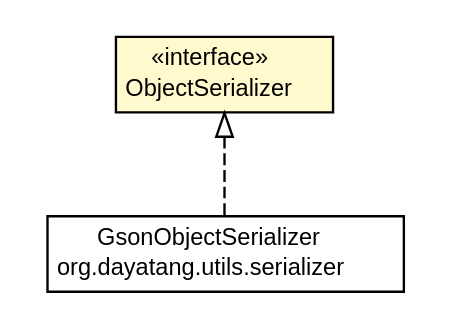
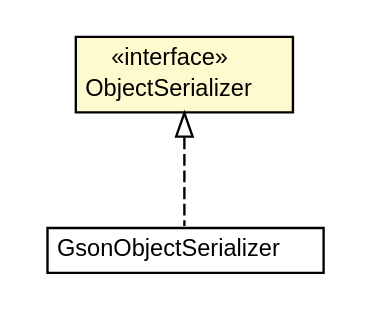
One commit to dayatang/dddlib changed the diagram in dddlib-utils/apidocs/org/dayatang/utils/ObjectSerializer.dot. Above: the diagram before and after it, drawn with Graphviz. The commit also changed 246 other files, not shown here.

```diff
--- a/dddlib-utils/apidocs/org/dayatang/utils/ObjectSerializer.dot
+++ b/dddlib-utils/apidocs/org/dayatang/utils/ObjectSerializer.dot
@@ -1,28 +1,27 @@
 #!/usr/local/bin/dot
 #
 # Class diagram 
 # Generated by UMLGraph version R5_6_6-8-g8d7759 (http://www.umlgraph.org/)
 #
 
 digraph G {
 	edge [fontname="Helvetica",fontsize=10,labelfontname="Helvetica",labelfontsize=10];
 	node [fontname="Helvetica",fontsize=10,shape=plaintext];
 	nodesep=0.25;
 	ranksep=0.5;
 	// org.dayatang.utils.ObjectSerializer
-	c216 [label=<<table title="org.dayatang.utils.ObjectSerializer" border="0" cellborder="1" cellspacing="0" cellpadding="2" port="p" bgcolor="lemonChiffon" href="./ObjectSerializer.html">
+	c188 [label=<<table title="org.dayatang.utils.ObjectSerializer" border="0" cellborder="1" cellspacing="0" cellpadding="2" port="p" bgcolor="lemonChiffon" href="./ObjectSerializer.html">
 		<tr><td><table border="0" cellspacing="0" cellpadding="1">
 <tr><td align="center" balign="center"> &#171;interface&#187; </td></tr>
 <tr><td align="center" balign="center"> ObjectSerializer </td></tr>
 		</table></td></tr>
 		</table>>, URL="./ObjectSerializer.html", fontname="Helvetica", fontcolor="black", fontsize=10.0];
 	// org.dayatang.utils.serializer.GsonObjectSerializer
-	c226 [label=<<table title="org.dayatang.utils.serializer.GsonObjectSerializer" border="0" cellborder="1" cellspacing="0" cellpadding="2" port="p" href="./serializer/GsonObjectSerializer.html">
+	c198 [label=<<table title="org.dayatang.utils.serializer.GsonObjectSerializer" border="0" cellborder="1" cellspacing="0" cellpadding="2" port="p" href="./serializer/GsonObjectSerializer.html">
 		<tr><td><table border="0" cellspacing="0" cellpadding="1">
 <tr><td align="center" balign="center"> GsonObjectSerializer </td></tr>
-<tr><td align="center" balign="center"> org.dayatang.utils.serializer </td></tr>
 		</table></td></tr>
 		</table>>, URL="./serializer/GsonObjectSerializer.html", fontname="Helvetica", fontcolor="black", fontsize=10.0];
 	//org.dayatang.utils.serializer.GsonObjectSerializer implements org.dayatang.utils.ObjectSerializer
-	c216:p -> c226:p [dir=back,arrowtail=empty,style=dashed];
+	c188:p -> c198:p [dir=back,arrowtail=empty,style=dashed];
 }
```
